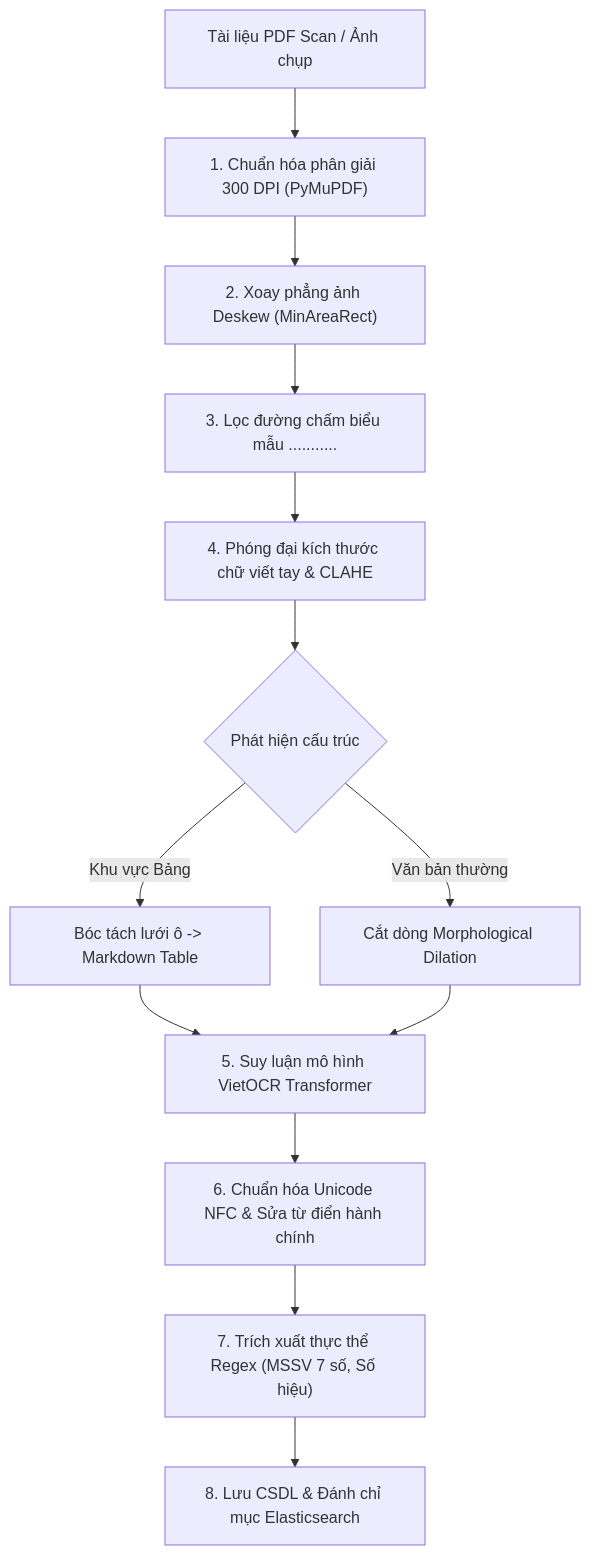
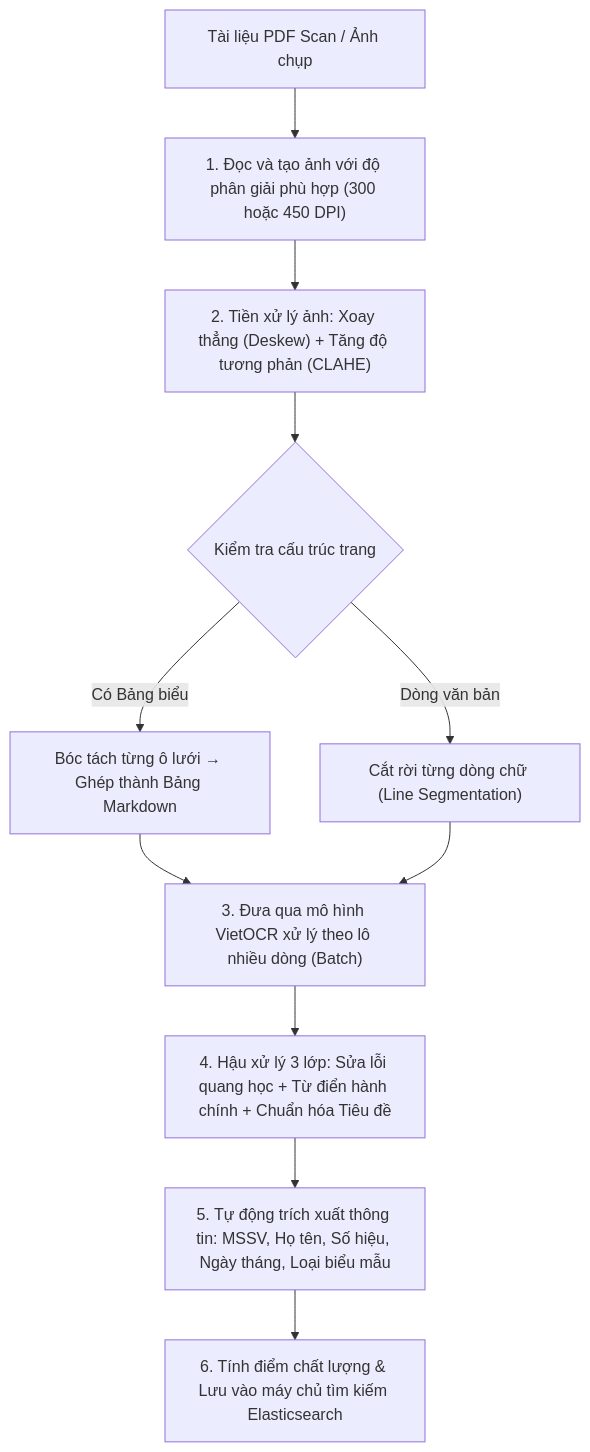
One commit to thanh063456/-ATN changed the second of 2 diagrams in noidungpp.md. Above: the diagram before and after it, drawn with Mermaid. The commit also changed other lines of this file and 39 other files, not shown here.

````diff
--- a/noidungpp.md
+++ b/noidungpp.md
@@ -169,15 +103,13 @@
 ```mermaid
 flowchart TD
-    In["Tài liệu PDF Scan / Ảnh chụp"] --> S1["1. Chuẩn hóa phân giải 300 DPI (PyMuPDF)"]
-    S1 --> S2["2. Xoay phẳng ảnh Deskew (MinAreaRect)"]
-    S2 --> S3["3. Lọc đường chấm biểu mẫu ..........."]
-    S3 --> S4["4. Phóng đại kích thước chữ viết tay & CLAHE"]
-    S4 --> Decision{"Phát hiện cấu trúc"}
-    Decision -->|Khu vực Bảng| S5A["Bóc tách lưới ô -> Markdown Table"]
-    Decision -->|Văn bản thường| S5B["Cắt dòng Morphological Dilation"]
-    S5A --> S6["5. Suy luận mô hình VietOCR Transformer"]
-    S5B --> S6
-    S6 --> S7["6. Chuẩn hóa Unicode NFC & Sửa từ điển hành chính"]
-    S7 --> S8["7. Trích xuất thực thể Regex (MSSV 7 số, Số hiệu)"]
-    S8 --> S9["8. Lưu CSDL & Đánh chỉ mục Elasticsearch"]
+    In["Tài liệu PDF Scan / Ảnh chụp"] --> S1["1. Đọc và tạo ảnh với độ phân giải phù hợp (300 hoặc 450 DPI)"]
+    S1 --> S2["2. Tiền xử lý ảnh: Xoay thẳng (Deskew) + Tăng độ tương phản (CLAHE)"]
+    S2 --> Decision{"Kiểm tra cấu trúc trang"}
+    Decision -->|Có Bảng biểu| S3A["Bóc tách từng ô lưới → Ghép thành Bảng Markdown"]
+    Decision -->|Dòng văn bản| S3B["Cắt rời từng dòng chữ (Line Segmentation)"]
+    S3A --> S4["3. Đưa qua mô hình VietOCR xử lý theo lô nhiều dòng (Batch)"]
+    S3B --> S4
+    S4 --> S5["4. Hậu xử lý 3 lớp: Sửa lỗi quang học + Từ điển hành chính + Chuẩn hóa Tiêu đề"]
+    S5 --> S6["5. Tự động trích xuất thông tin: MSSV, Họ tên, Số hiệu, Ngày tháng, Loại biểu mẫu"]
+    S6 --> S7["6. Tính điểm chất lượng & Lưu vào máy chủ tìm kiếm Elasticsearch"]
 ```
````
